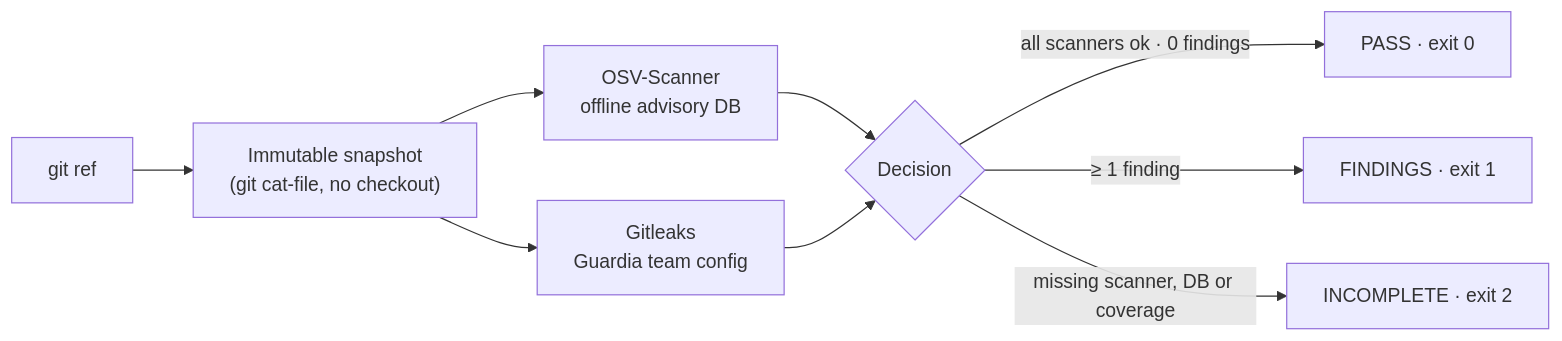
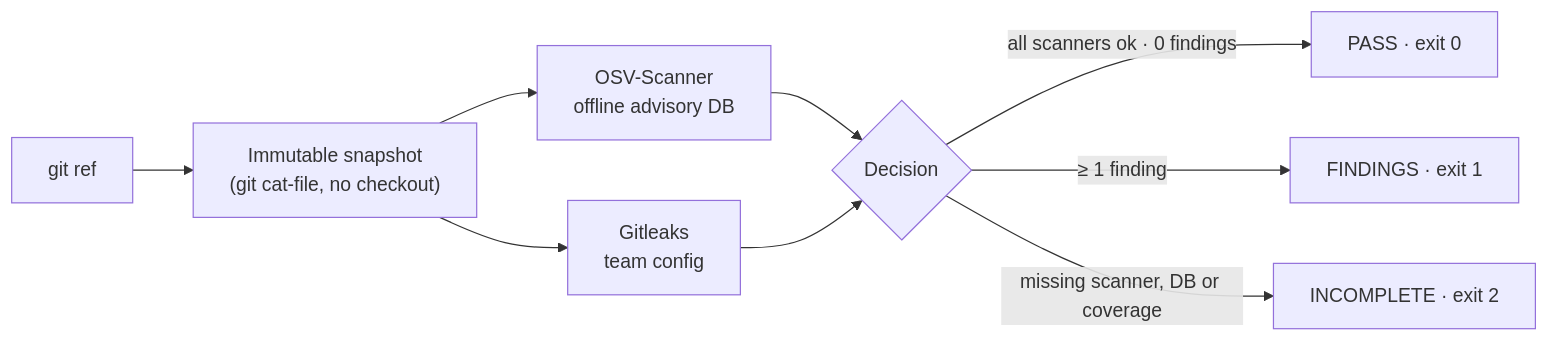
Before and after one commit to MauDevp/Hackathon_OpenIA_SecurityProject: the diagram in README.md, drawn with Mermaid. The commit also changed other lines of this file and 4 other files, not shown here.

````diff
--- a/README.md
+++ b/README.md
@@ -81,11 +74,11 @@
 ```mermaid
 flowchart LR
     A[git ref] --> B["Immutable snapshot<br/>(git cat-file, no checkout)"]
     B --> C["OSV-Scanner<br/>offline advisory DB"]
-    B --> D["Gitleaks<br/>Guardia team config"]
+    B --> D["Gitleaks<br/>team config"]
     C --> E{Decision}
     D --> E
     E -->|"all scanners ok · 0 findings"| P["PASS · exit 0"]
     E -->|"≥ 1 finding"| F["FINDINGS · exit 1"]
     E -->|"missing scanner, DB or coverage"| I["INCOMPLETE · exit 2"]
 ```
````
